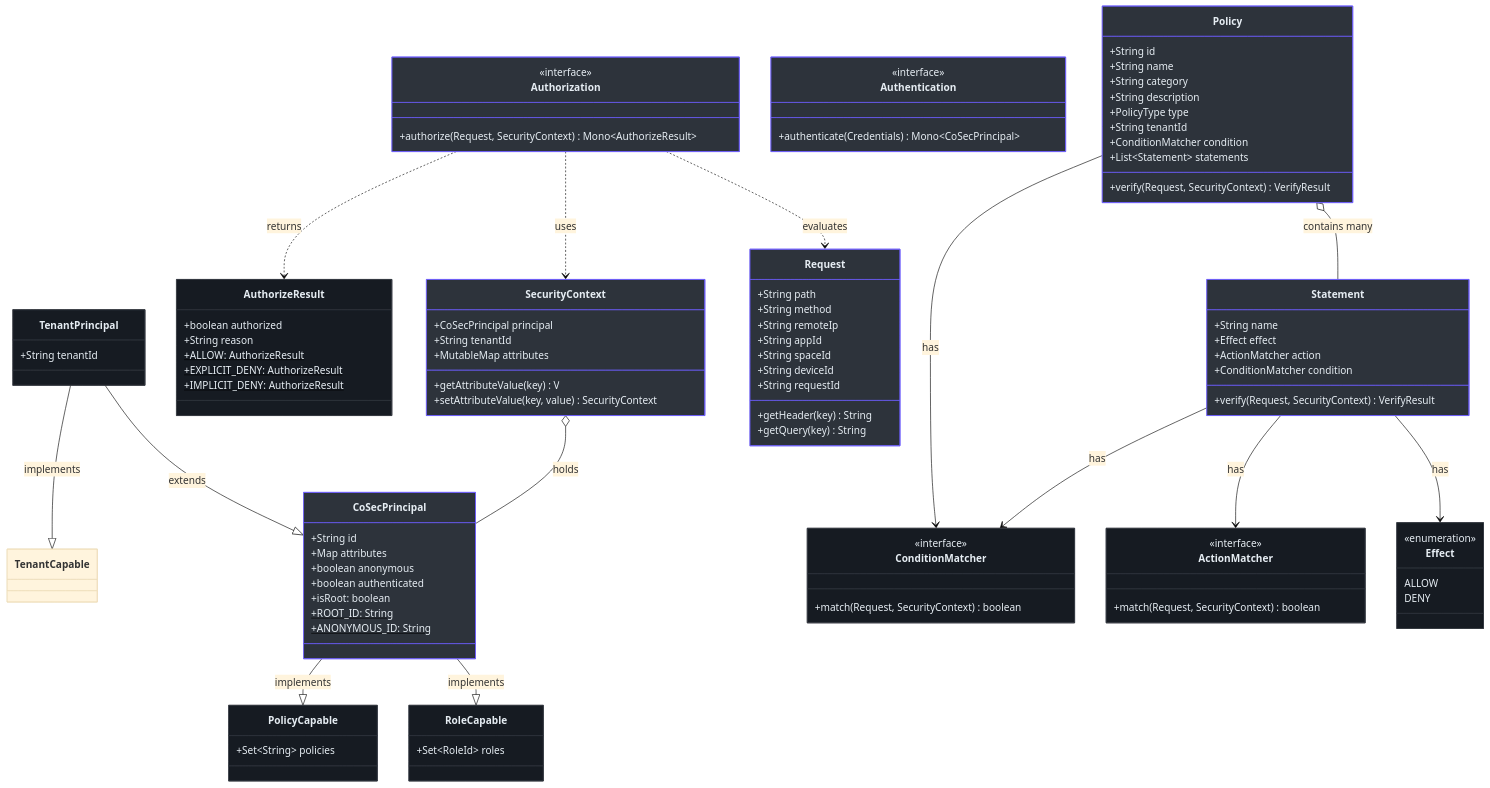
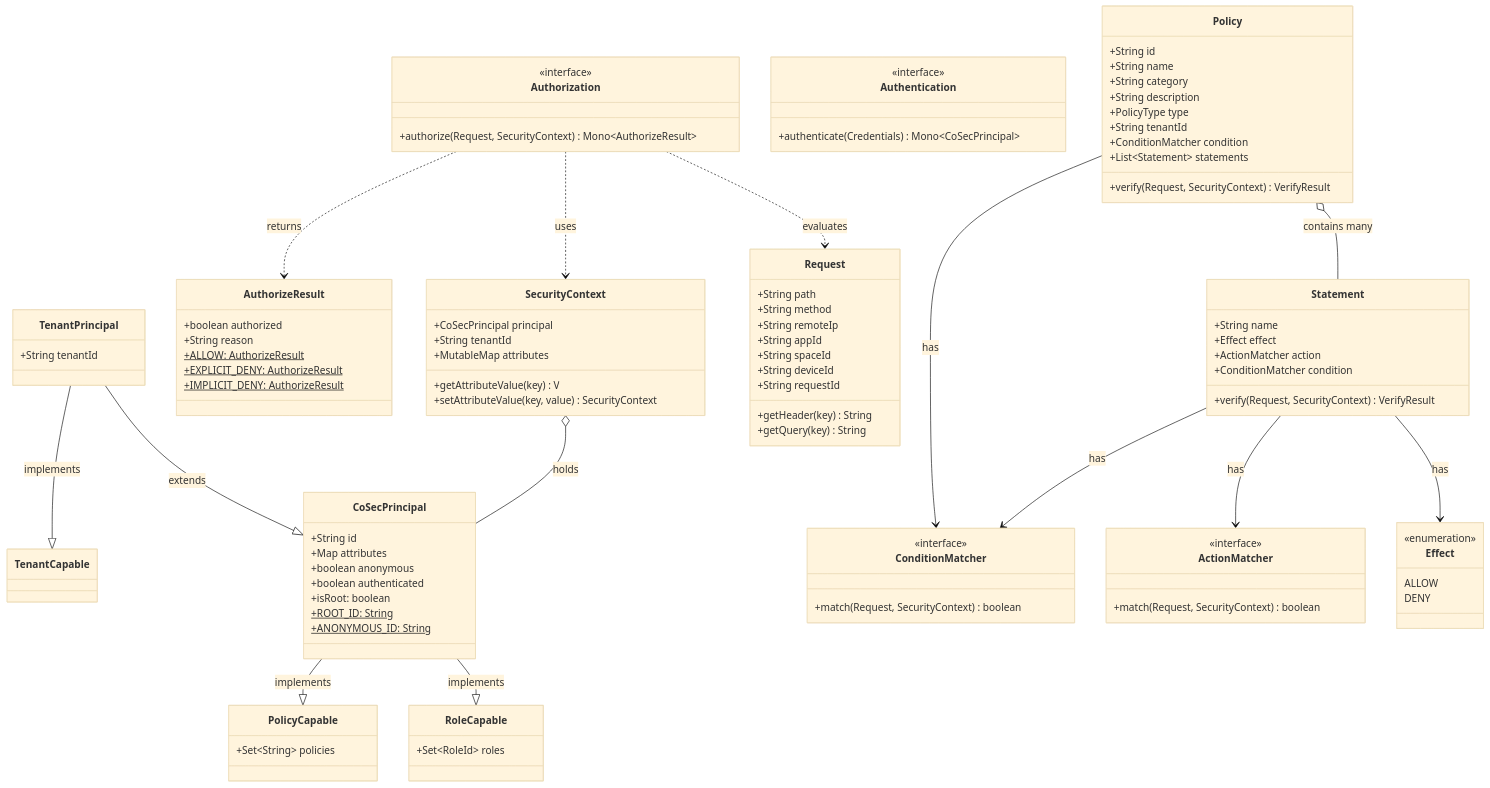
Before and after one commit to Ahoo-Wang/CoSec: the second of 6 diagrams in wiki/zh/onboarding/contributor.md, drawn with Mermaid (base theme). The commit also changed other lines of this file and 59 other files, not shown here.

````diff
--- a/wiki/zh/onboarding/contributor.md
+++ b/wiki/zh/onboarding/contributor.md
@@ -407,18 +407,4 @@
     Authorization ..> SecurityContext : uses
     Authorization ..> AuthorizeResult : returns
 
-    style CoSecPrincipal fill:#2d333b,stroke:#6d5dfc,color:#e6edf3
-    style Policy fill:#2d333b,stroke:#6d5dfc,color:#e6edf3
-    style Statement fill:#2d333b,stroke:#6d5dfc,color:#e6edf3
-    style SecurityContext fill:#2d333b,stroke:#6d5dfc,color:#e6edf3
-    style Authorization fill:#2d333b,stroke:#6d5dfc,color:#e6edf3
-    style Authentication fill:#2d333b,stroke:#6d5dfc,color:#e6edf3
-    style Request fill:#2d333b,stroke:#6d5dfc,color:#e6edf3
-    style ActionMatcher fill:#161b22,stroke:#30363d,color:#e6edf3
-    style ConditionMatcher fill:#161b22,stroke:#30363d,color:#e6edf3
-    style Effect fill:#161b22,stroke:#30363d,color:#e6edf3
-    style AuthorizeResult fill:#161b22,stroke:#30363d,color:#e6edf3
-    style RoleCapable fill:#161b22,stroke:#30363d,color:#e6edf3
-    style PolicyCapable fill:#161b22,stroke:#30363d,color:#e6edf3
-    style TenantPrincipal fill:#161b22,stroke:#30363d,color:#e6edf3
 ```
````
